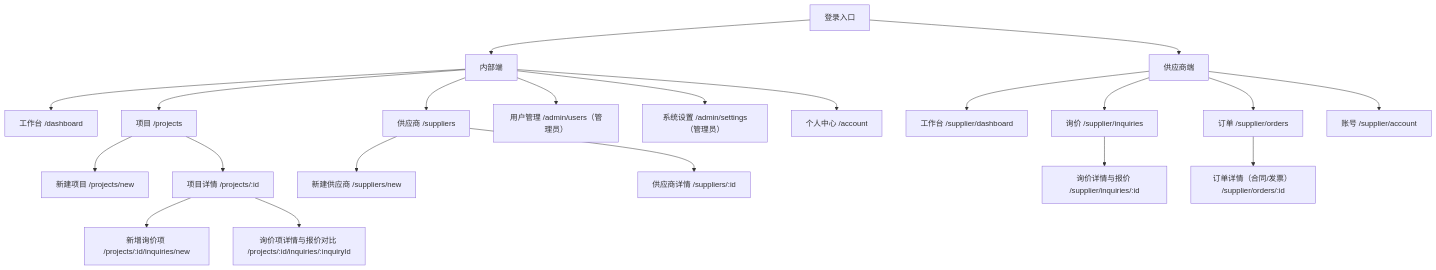
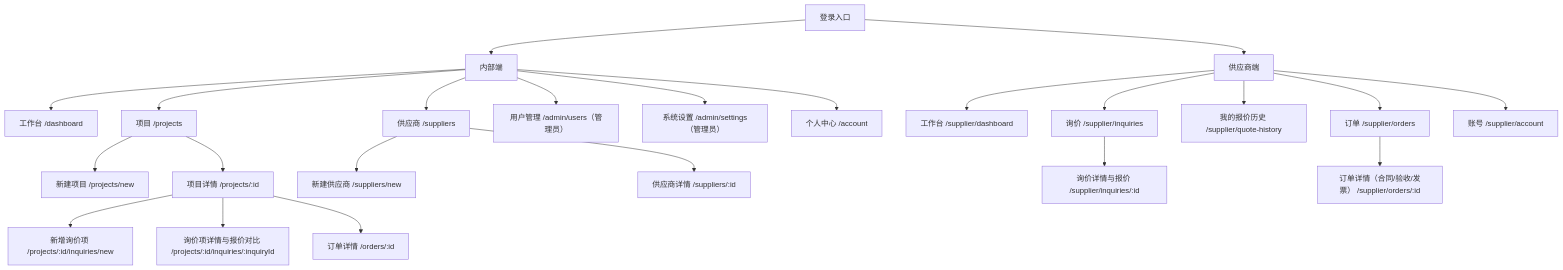
The fifth of 5 diagrams in requirements.md (Cliff-River/supplier-microplatform), drawn with Mermaid before and after one commit. The commit also changed other lines of this file, not shown here.

````diff
--- a/requirements.md
+++ b/requirements.md
@@ -785,28 +897,30 @@
 ```mermaid
 flowchart TD
     LOGIN["登录入口"] --> INT["内部端"]
     LOGIN --> SUP["供应商端"]
 
     INT --> D["工作台 /dashboard"]
     INT --> P["项目 /projects"]
     INT --> S["供应商 /suppliers"]
     INT --> A["用户管理 /admin/users（管理员）"]
     INT --> SET["系统设置 /admin/settings（管理员）"]
     INT --> ME["个人中心 /account"]
 
     P --> P1["新建项目 /projects/new"]
     P --> P2["项目详情 /projects/:id"]
     P2 --> P3["新增询价项 /projects/:id/inquiries/new"]
     P2 --> P4["询价项详情与报价对比 /projects/:id/inquiries/:inquiryId"]
+    P2 --> P5["订单详情 /orders/:id"]
 
     S --> S1["新建供应商 /suppliers/new"]
     S --> S2["供应商详情 /suppliers/:id"]
 
     SUP --> SD["工作台 /supplier/dashboard"]
     SUP --> SI["询价 /supplier/inquiries"]
+    SUP --> SH["我的报价历史 /supplier/quote-history"]
     SUP --> SO["订单 /supplier/orders"]
     SUP --> SME["账号 /supplier/account"]
 
     SI --> SI1["询价详情与报价 /supplier/inquiries/:id"]
-    SO --> SO1["订单详情（合同/发票） /supplier/orders/:id"]
+    SO --> SO1["订单详情（合同/验收/发票） /supplier/orders/:id"]
 ```
````
